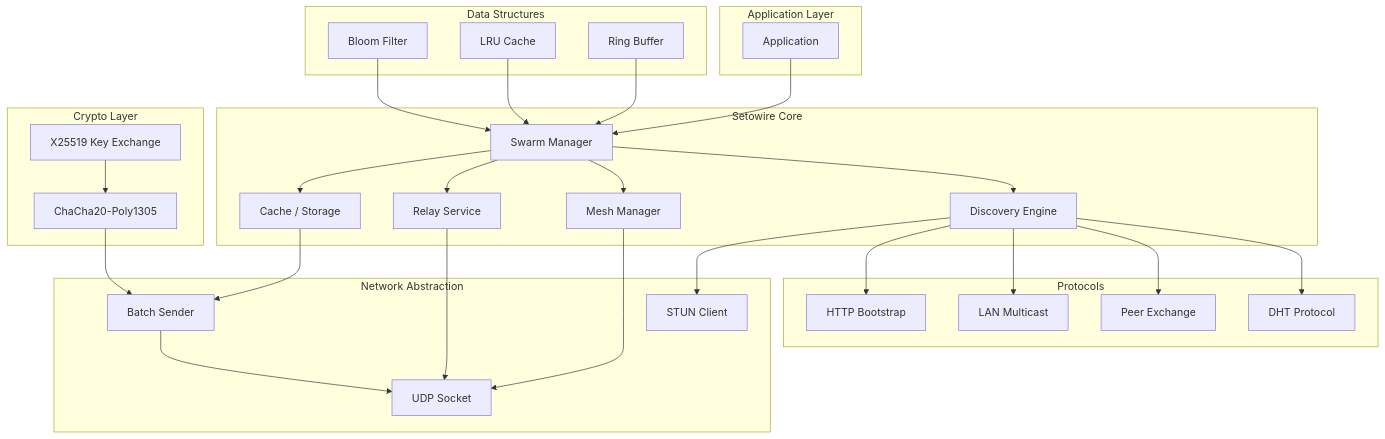
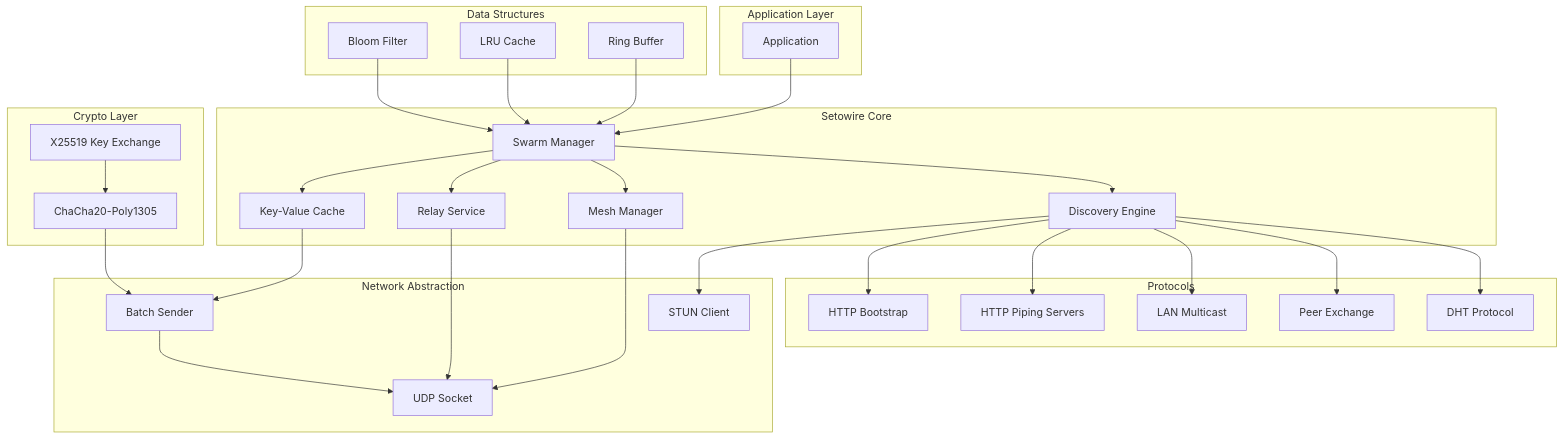
Before and after one commit to setowire-org/js-setowire: the first of 12 diagrams in SPEC.md, drawn with Mermaid. The commit also changed other lines of this file, not shown here.

````diff
--- a/SPEC.md
+++ b/SPEC.md
@@ -20,62 +20,64 @@
 ```mermaid
 graph TB
     subgraph "Application Layer"
         APP[Application]
     end
 
     subgraph "Setowire Core"
         SWARM[Swarm Manager]
         DISCOVERY[Discovery Engine]
         MESH[Mesh Manager]
         RELAY[Relay Service]
-        CACHE[Cache / Storage]
+        CACHE[Key-Value Cache]
     end
 
     subgraph "Network Abstraction"
         UDP[UDP Socket]
         BATCH[Batch Sender]
         STUN[STUN Client]
     end
 
     subgraph "Crypto Layer"
         X25519[X25519 Key Exchange]
         CHACHA[ChaCha20-Poly1305]
     end
 
     subgraph "Data Structures"
         BLOOM[Bloom Filter]
         LRU[LRU Cache]
         RB[Ring Buffer]
     end
 
     subgraph "Protocols"
         DHT[DHT Protocol]
         PEX[Peer Exchange]
         LAN[LAN Multicast]
+        PIPING[HTTP Piping Servers]
         HTTP[HTTP Bootstrap]
     end
 
     APP --> SWARM
     SWARM --> DISCOVERY
     SWARM --> MESH
     SWARM --> RELAY
     SWARM --> CACHE
     
     DISCOVERY --> DHT
     DISCOVERY --> PEX
     DISCOVERY --> LAN
+    DISCOVERY --> PIPING
     DISCOVERY --> HTTP
     DISCOVERY --> STUN
     
     MESH --> UDP
     RELAY --> UDP
     CACHE --> BATCH
     BATCH --> UDP
     
     X25519 --> CHACHA
     CHACHA --> BATCH
     
     BLOOM --> SWARM
     LRU --> SWARM
     RB --> SWARM
 ```
````
